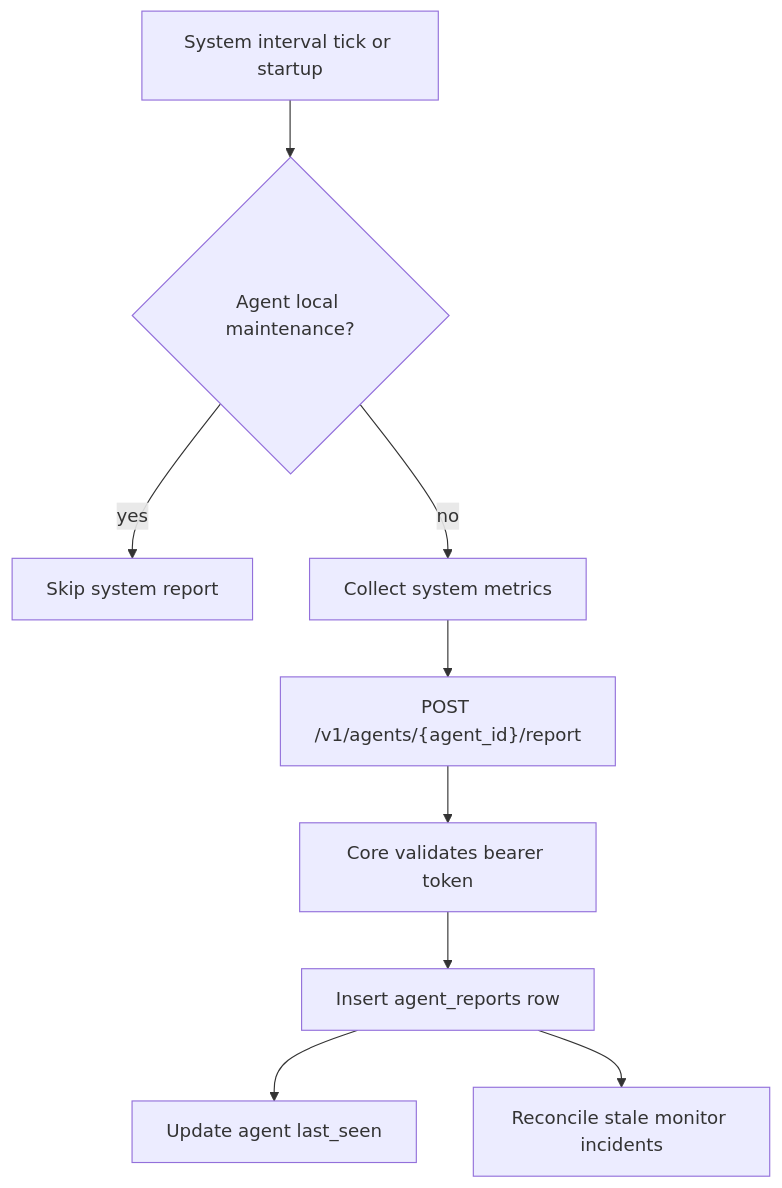
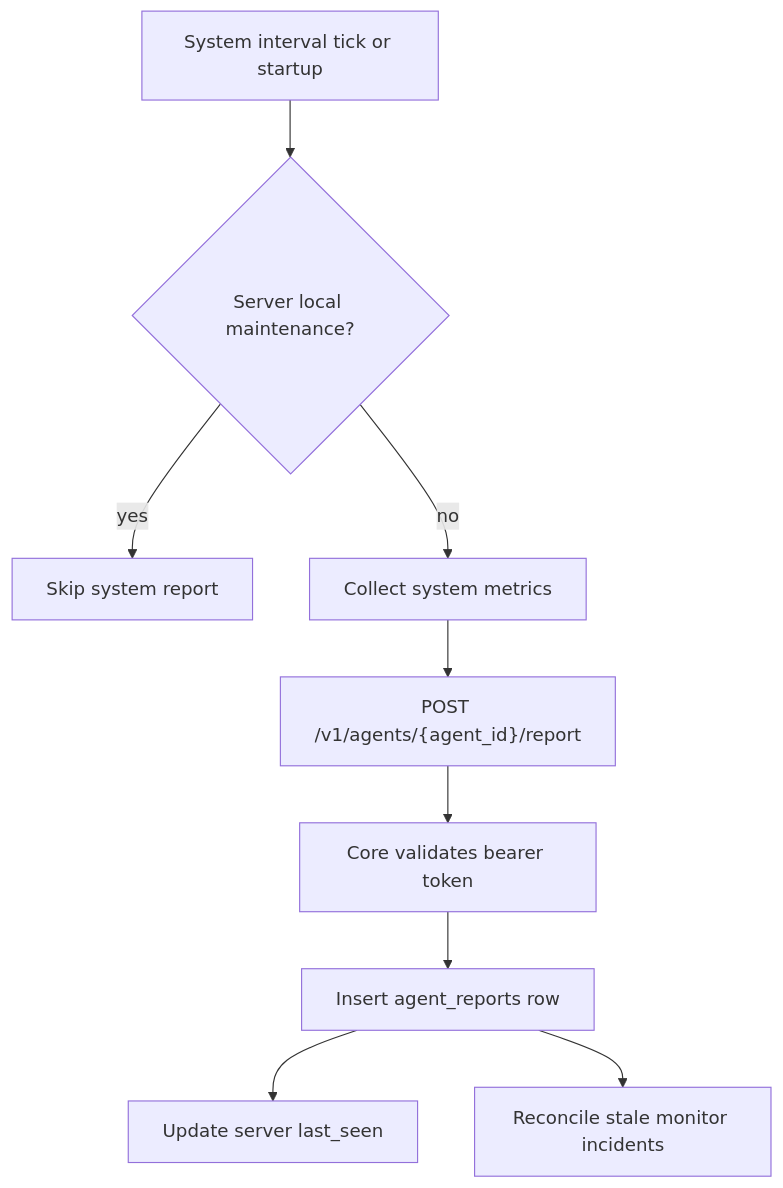
One commit to sunday-studio/orion changed the fourth of 6 diagrams in docs/architecture/data-ingestion.md. Above: the diagram before and after it, drawn with Mermaid. The commit also changed other lines of this file and 223 other files, not shown here.

````diff
--- a/docs/architecture/data-ingestion.md
+++ b/docs/architecture/data-ingestion.md
@@ -120,11 +125,11 @@
 ```mermaid
 flowchart TD
-  Tick["System interval tick or startup"] --> Maintenance{"Agent local maintenance?"}
+  Tick["System interval tick or startup"] --> Maintenance{"Server local maintenance?"}
   Maintenance -- "yes" --> Skip["Skip system report"]
   Maintenance -- "no" --> Collect["Collect system metrics"]
   Collect --> Send["POST /v1/agents/{agent_id}/report"]
   Send --> Auth["Core validates bearer token"]
   Auth --> Store["Insert agent_reports row"]
-  Store --> LastSeen["Update agent last_seen"]
+  Store --> LastSeen["Update server last_seen"]
   Store --> Stale["Reconcile stale monitor incidents"]
 ```
````
